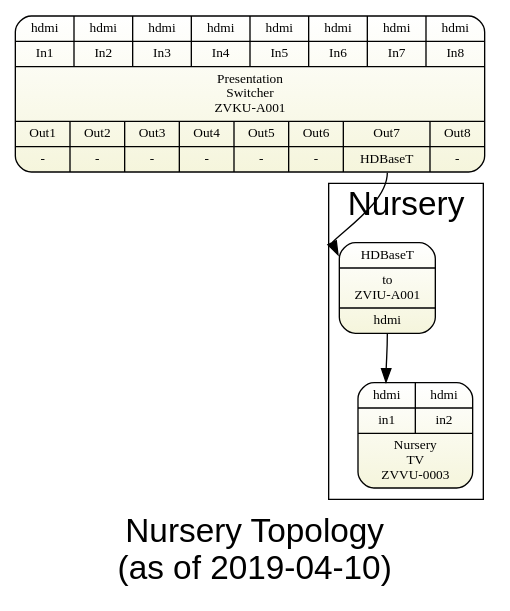
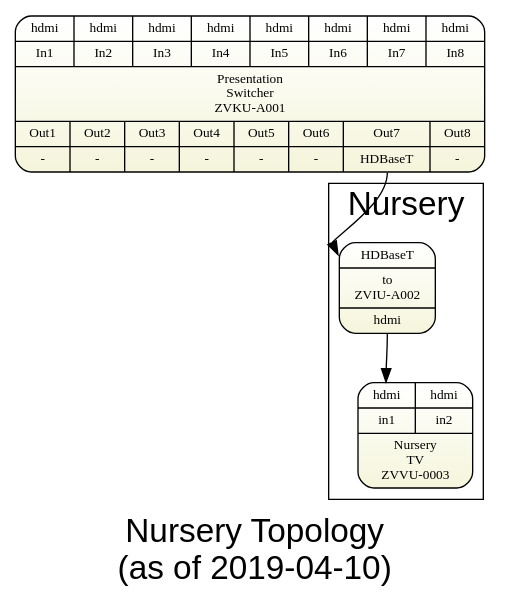
One commit to avmaint/uactechdoc changed the diagram in sdv-topology4-nursery.gv. Above: the diagram before and after it, drawn with Graphviz. The commit also changed 2 other files, not shown here.

Commit message:
updated locations of ZVIU-A001 and A002

```diff
--- a/sdv-topology4-nursery.gv
+++ b/sdv-topology4-nursery.gv
@@ -1,24 +1,24 @@
 digraph nursery { 
 graph [overlap = true, fontsize = 25, rankdir=TB
       label="Nursery Topology\n(as of 2019-04-10)",
       fontname = Helvetica]
  
 node [shape=Mrecord, style=filled , fillcolor="white:beige" ,fontsize = 10, 
       gradientangle=270]
   
 pswitch [label="{
   {{<i1>hdmi|In1}|{<i2>hdmi|In2}|{<i3>hdmi|In3}|{<i4>hdmi|In4}|{<i5>hdmi|In5}|{<i6>hdmi|In6}|{<i7>hdmi|In7}|{<i8>hdmi|In8}}
   |{Presentation\nSwitcher\nZVKU-A001}|
   {{<o1>Out1|-}|{Out2|-}|{Out3|-}|{Out4|-}|{Out5|-}|{Out6|-}|{Out7|<o7>HDBaseT}|{Out8|-}}  
   }"]  
   
 node [  tooltip="" ]
 
 subgraph cluster_lobby { label="Nursery" 
-  c62hdmi1   [label="{<i>HDBaseT| to\nZVIU-A001|<o>hdmi}", tooltip="In nursery"]
+  c62hdmi1   [label="{<i>HDBaseT| to\nZVIU-A002|<o>hdmi}", tooltip="In nursery"]
   nurserytv  [label="{ {{<i1>hdmi|in1} | {<i2>hdmi|in2}}|Nursery\nTV\nZVVU-0003}"]
 }
 
 pswitch:o7 -> c62hdmi1:i
 c62hdmi1:o -> nurserytv:i1
 }
```
